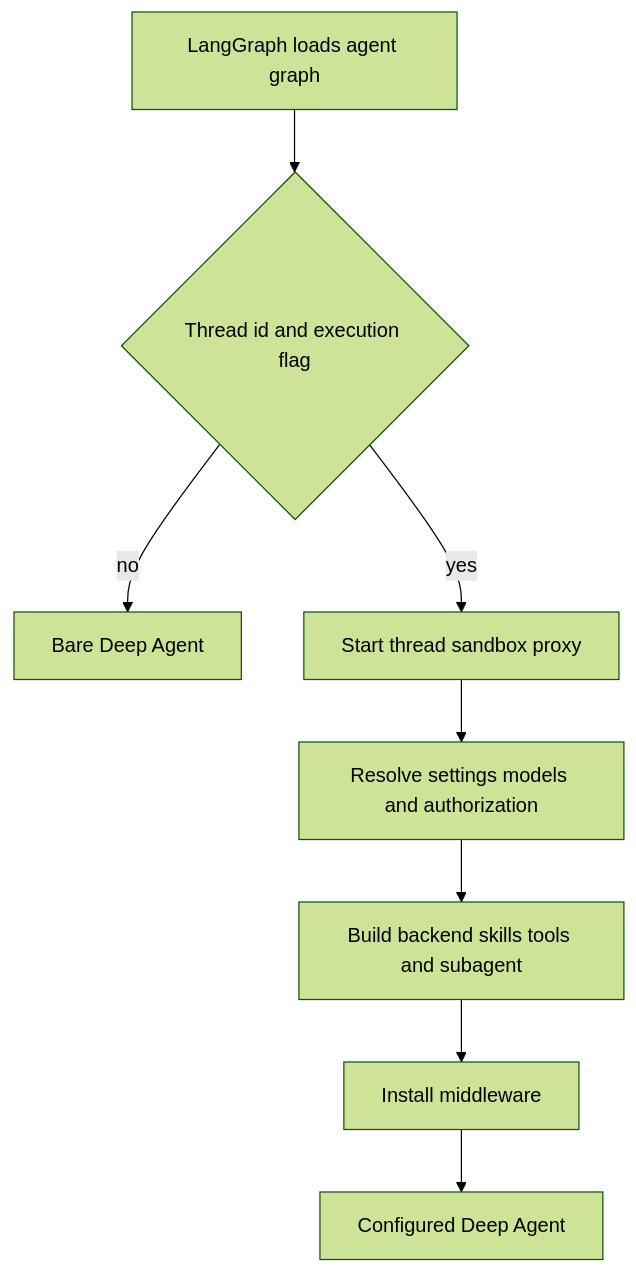
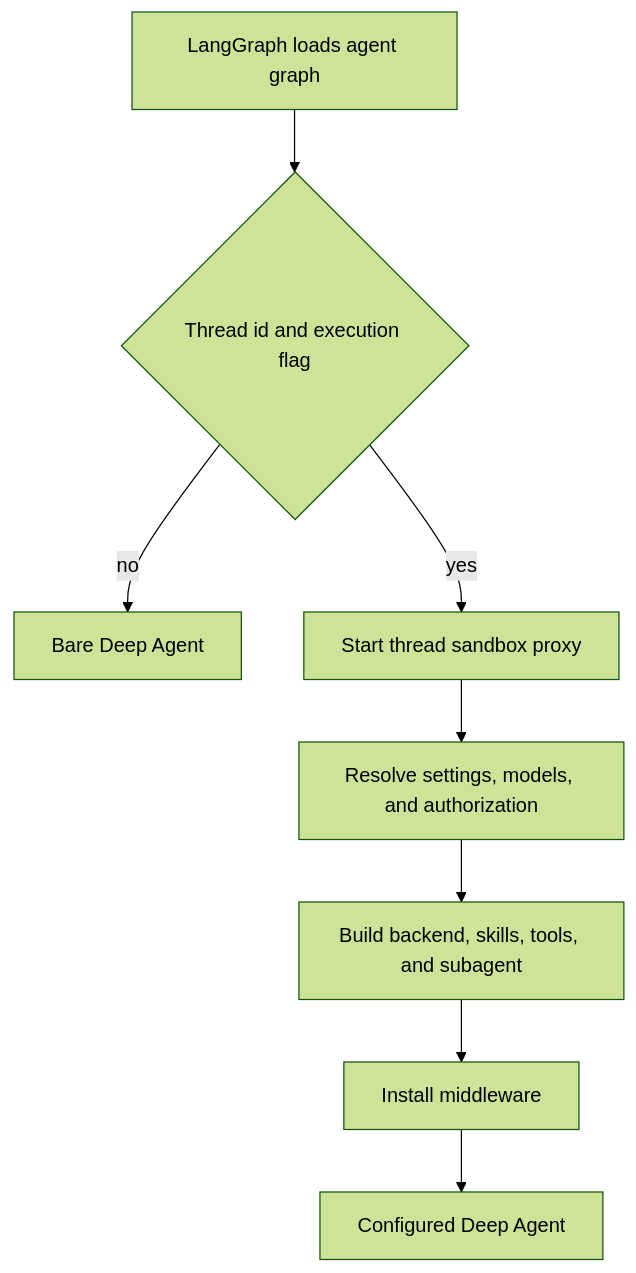
The diagram in openwiki/architecture/agent-graph.md (aeteq/open-swe), drawn with Mermaid (forest theme) before and after one commit. The commit also changed other lines of this file and 46 other files, not shown here.

````diff
--- a/openwiki/architecture/agent-graph.md
+++ b/openwiki/architecture/agent-graph.md
@@ -47,10 +47,10 @@
 ```mermaid
 flowchart TD
     Load["LangGraph loads agent graph"] --> Gate{"Thread id and execution flag"}
     Gate -- no --> Bare["Bare Deep Agent"]
     Gate -- yes --> Start["Start thread sandbox proxy"]
-    Start --> Resolve["Resolve settings models and authorization"]
-    Resolve --> Surface["Build backend skills tools and subagent"]
+    Start --> Resolve["Resolve settings, models, and authorization"]
+    Resolve --> Surface["Build backend, skills, tools, and subagent"]
     Surface --> Stack["Install middleware"]
     Stack --> Ready["Configured Deep Agent"]
 ```
````
